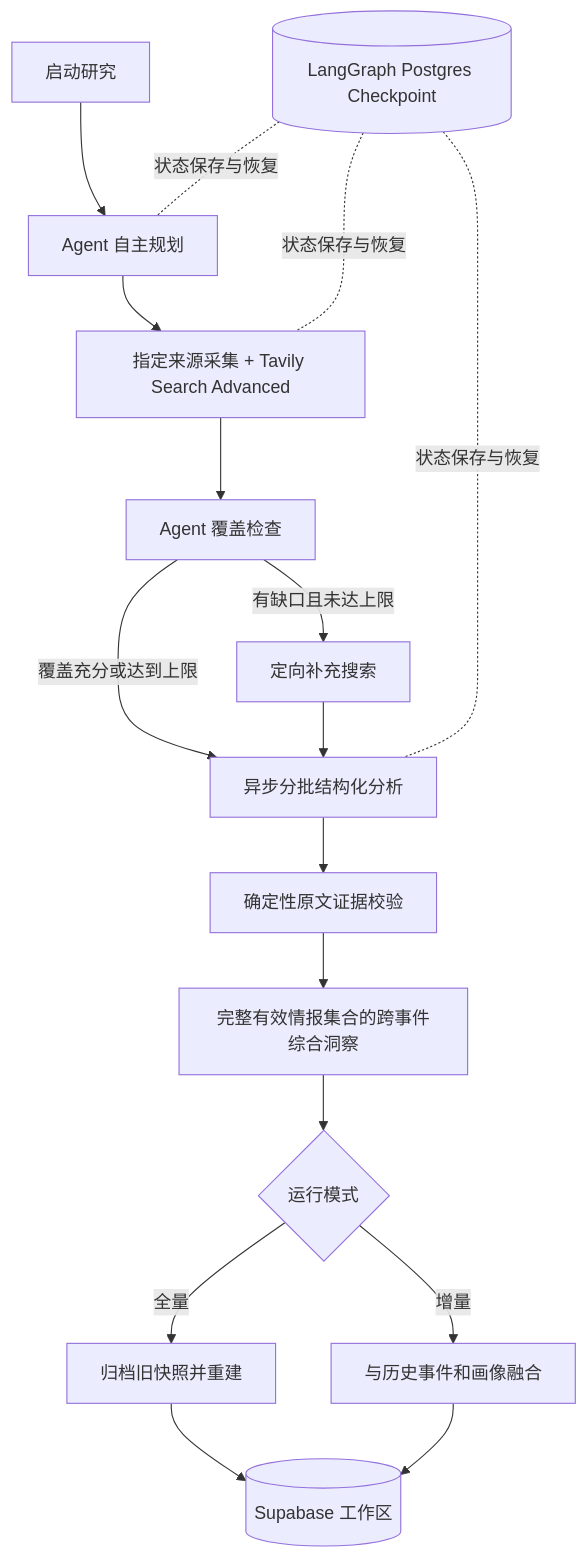
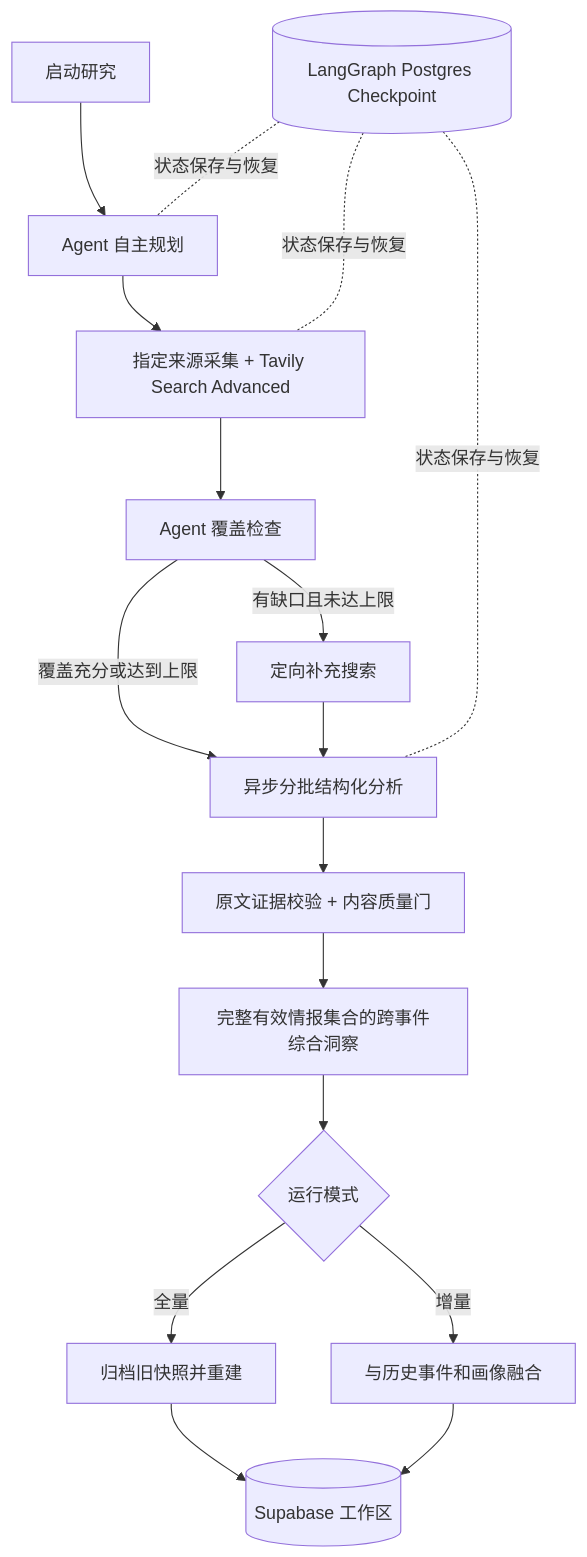
The diagram in 说明.md (335691851/Industrial-AI-research), drawn with Mermaid before and after one commit. The commit also changed other lines of this file and 12 other files, not shown here.

````diff
--- a/说明.md
+++ b/说明.md
@@ -62,19 +72,19 @@
 ```mermaid
 flowchart TD
   A[启动研究] --> P[Agent 自主规划]
   P --> C[指定来源采集 + Tavily Search Advanced]
   C --> G[Agent 覆盖检查]
   G -->|有缺口且未达上限| S[定向补充搜索]
   G -->|覆盖充分或达到上限| E[异步分批结构化分析]
   S --> E
-  E --> V[确定性原文证据校验]
+  E --> V[原文证据校验 + 内容质量门]
   V --> J[完整有效情报集合的跨事件综合洞察]
   J --> M{运行模式}
   M -->|全量| F[归档旧快照并重建]
   M -->|增量| I[与历史事件和画像融合]
   F --> D[(Supabase 工作区)]
   I --> D
   K[(LangGraph Postgres Checkpoint)] -. 状态保存与恢复 .- P
   K -. 状态保存与恢复 .- C
   K -. 状态保存与恢复 .- E
 ```
````
